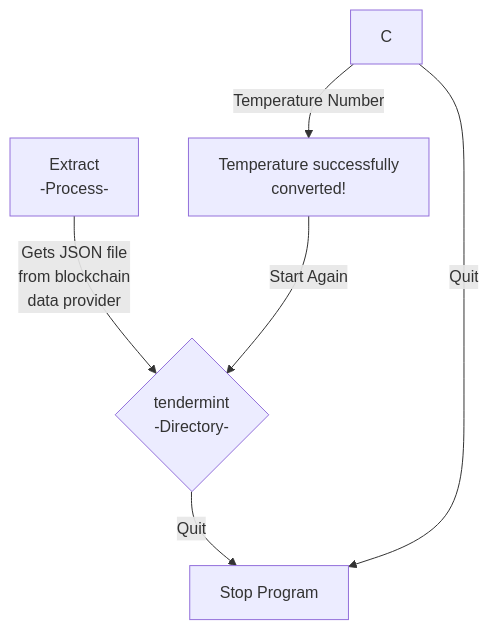
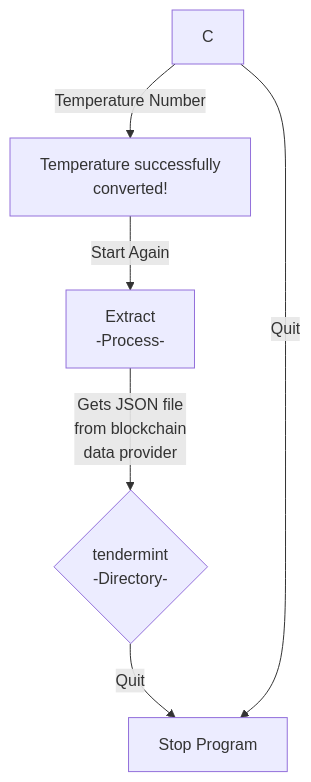
One commit to patmcfarland/one changed the diagram in README.md. Above: the diagram before and after it, drawn with Mermaid.

````diff
--- a/README.md
+++ b/README.md
@@ -1,9 +1,9 @@
 ```mermaid
 flowchart TD
 A[Extract<br>-Process-]
 A -- Gets JSON file<br>from blockchain<br>data provider -->B{tendermint<br>-Directory-}
 C -- Temperature Number --> D[Temperature successfully<br>converted!] 
-D -- Start Again -->B
+D -- Start Again -->A
 B -- Quit --> E[Stop Program]
 C -- Quit --> E
 ```
````
